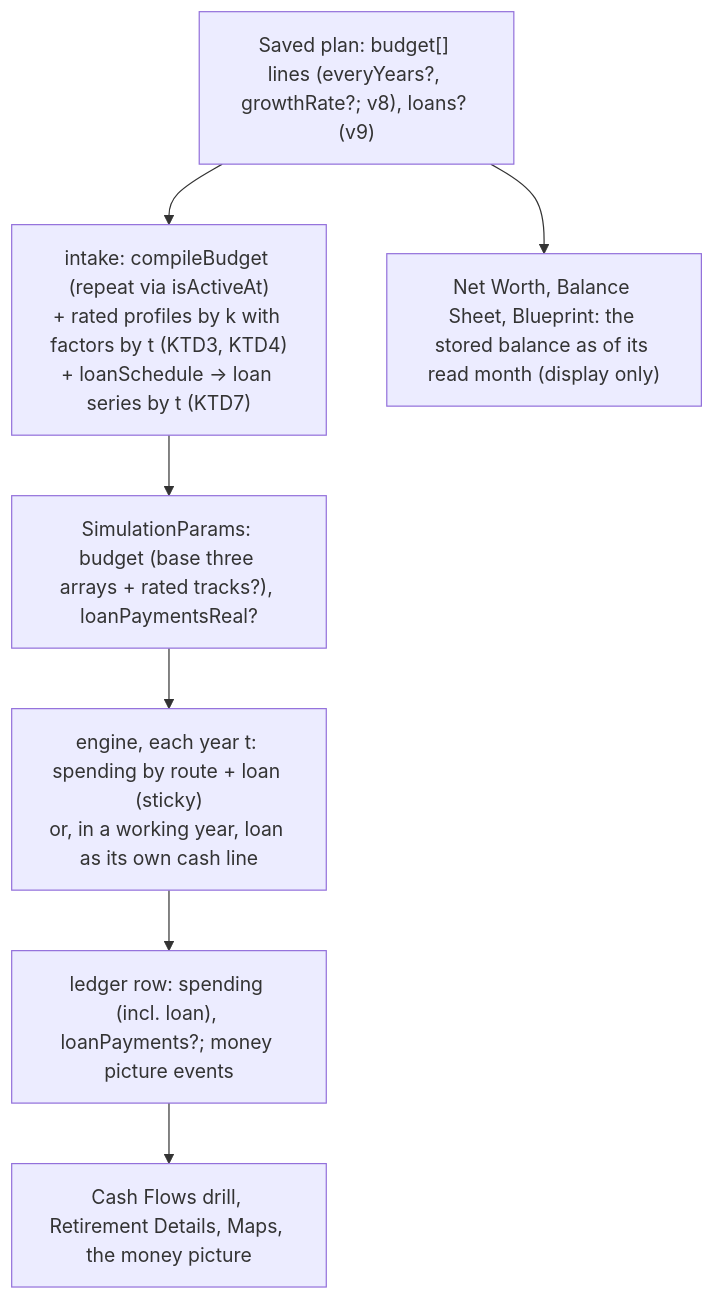
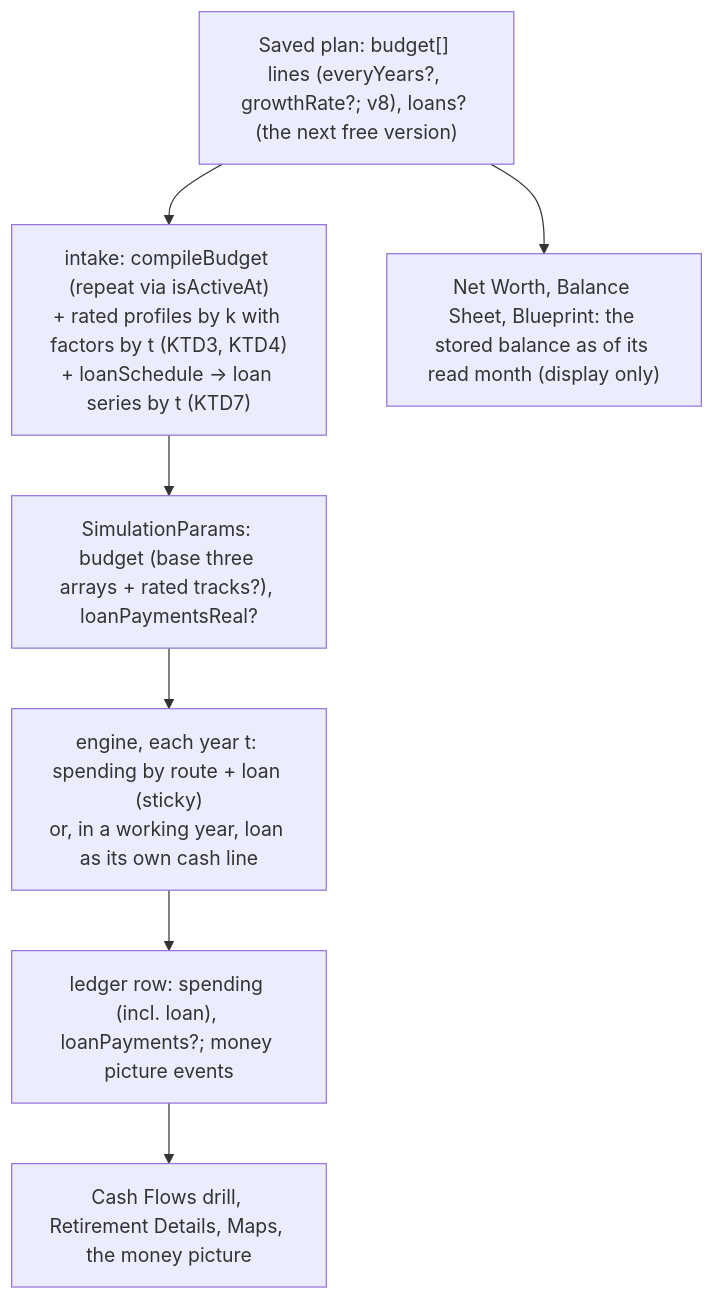
One commit to mbriggsy/ai-learning-journey changed the first of 2 diagrams in projects/the-back-nine/docs/plans/features/spending-line-repeat-and-rate-build-spec.md. Above: the diagram before and after it, drawn with Mermaid. The commit also changed other lines of this file and 7 other files, not shown here.

````diff
--- a/projects/the-back-nine/docs/plans/features/spending-line-repeat-and-rate-build-spec.md
+++ b/projects/the-back-nine/docs/plans/features/spending-line-repeat-and-rate-build-spec.md
@@ -150,9 +150,9 @@
 ```mermaid
 flowchart TB
-  S["Saved plan: budget[] lines (everyYears?, growthRate?; v8), loans? (v9)"] --> I["intake: compileBudget (repeat via isActiveAt)<br/>+ rated profiles by k with factors by t (KTD3, KTD4)<br/>+ loanSchedule → loan series by t (KTD7)"]
+  S["Saved plan: budget[] lines (everyYears?, growthRate?; v8), loans? (the next free version)"] --> I["intake: compileBudget (repeat via isActiveAt)<br/>+ rated profiles by k with factors by t (KTD3, KTD4)<br/>+ loanSchedule → loan series by t (KTD7)"]
   I --> P["SimulationParams: budget (base three arrays + rated tracks?), loanPaymentsReal?"]
   P --> E["engine, each year t: spending by route + loan (sticky)<br/>or, in a working year, loan as its own cash line"]
   E --> L["ledger row: spending (incl. loan), loanPayments?; money picture events"]
   L --> V["Cash Flows drill, Retirement Details, Maps, the money picture"]
   S --> N["Net Worth, Balance Sheet, Blueprint: the stored balance as of its read month (display only)"]
 ```
````
